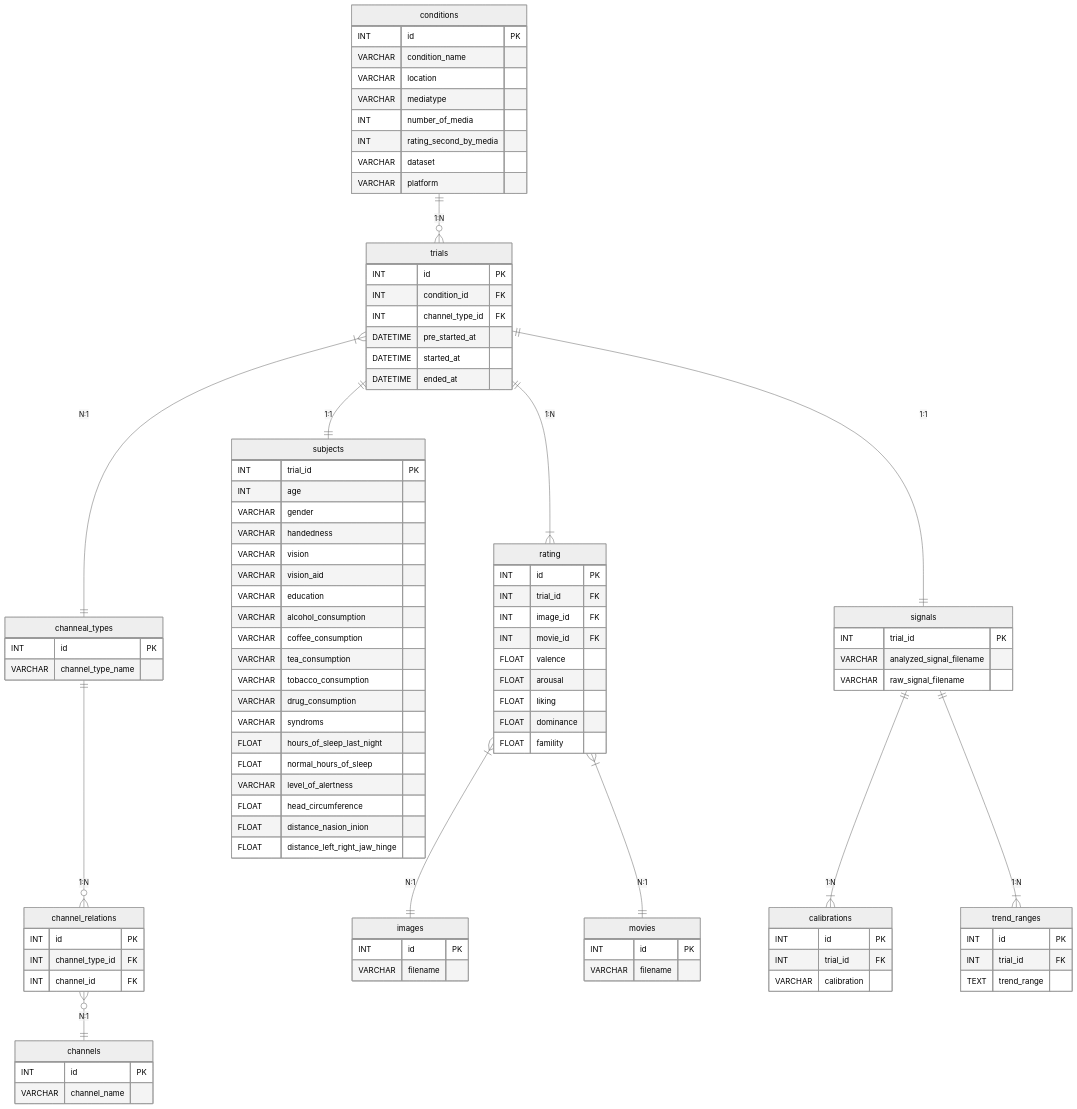
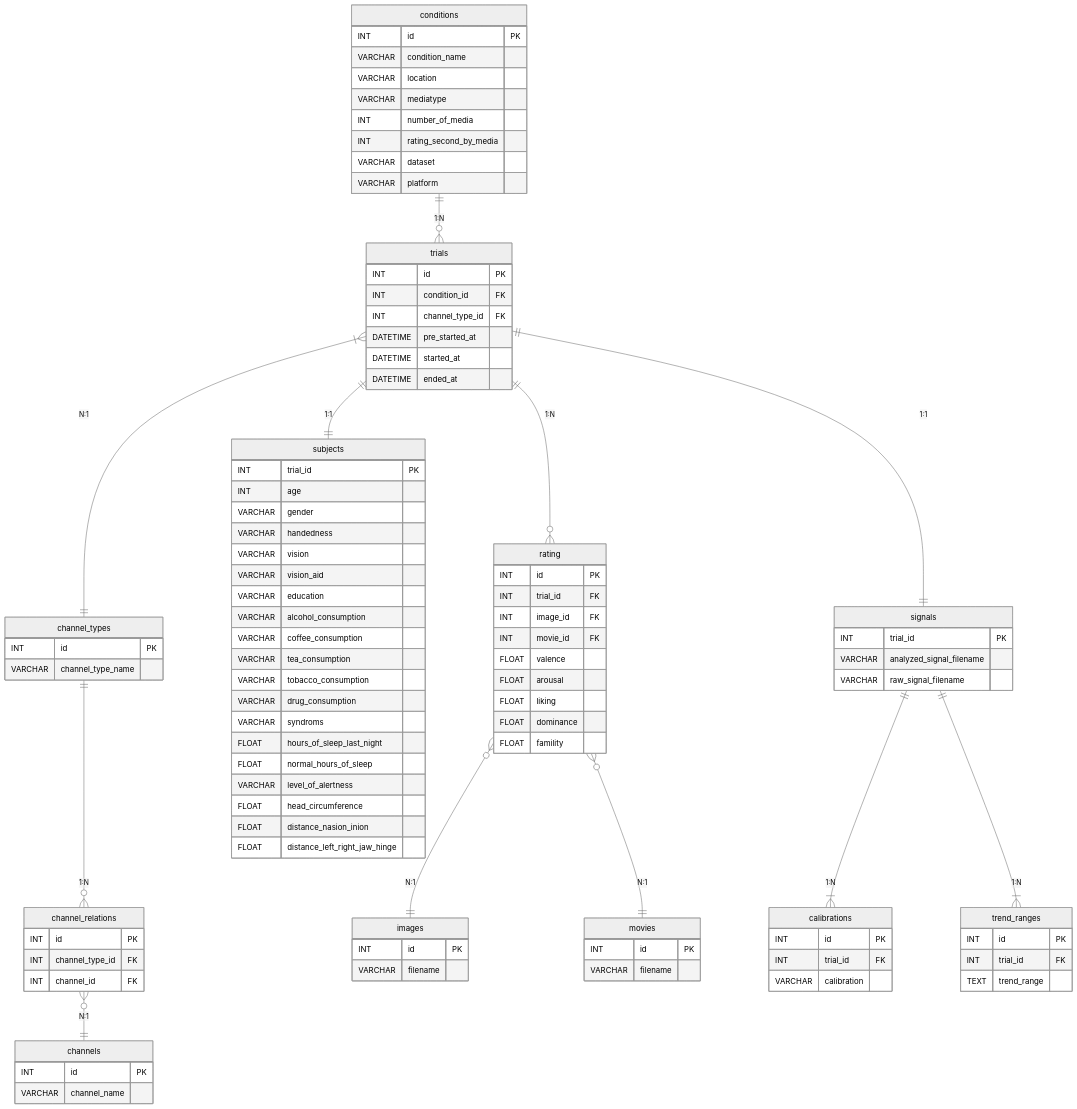
The second of 2 diagrams in README.md (ISDL-dev/MERS), drawn with Mermaid (neutral theme) before and after one commit. The commit also changed 1 other file, not shown here.

Commit message:
modify-table

````diff
--- a/README.md
+++ b/README.md
@@ -123,18 +123,18 @@
 ```mermaid
 erDiagram
     conditions ||--o{ trials:"1:N"
-    channeal_types ||--o{ channel_relations:"1:N"
+    channel_types ||--o{ channel_relations:"1:N"
     channel_relations }o--|| channels:"N:1"
-    trials }|--|| channeal_types:"N:1"
+    trials }|--|| channel_types:"N:1"
     trials ||--|| subjects:"1:1"
-    rating }|--|| images:"N:1"
-    rating }|--|| movies:"N:1"
-    trials ||--|{ rating:"1:N"
+    rating }o--|| images:"N:1"
+    rating }o--|| movies:"N:1"
+    trials ||--o{ rating:"1:N"
     trials ||--|| signals:"1:1"
     signals ||--|{ calibrations:"1:N"
     signals ||--|{ trend_ranges:"1:N"
 
-    channeal_types {
+    channel_types {
         INT id PK
         VARCHAR channel_type_name
     }
@@ -198,13 +198,13 @@
         VARCHAR raw_signal_filename
     }
 
-    calibrations{
+    calibrations {
         INT id PK
         INT trial_id FK
         VARCHAR calibration
     }
 
-    trend_ranges{
+    trend_ranges {
         INT id PK
         INT trial_id FK
         TEXT trend_range
````
